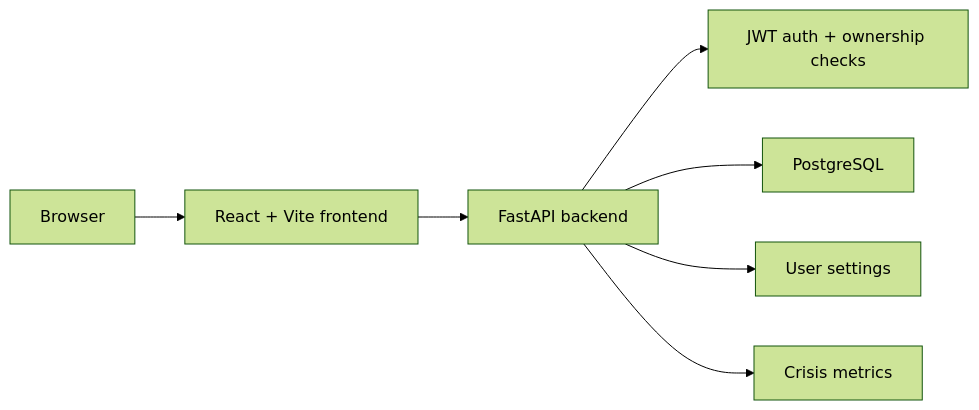
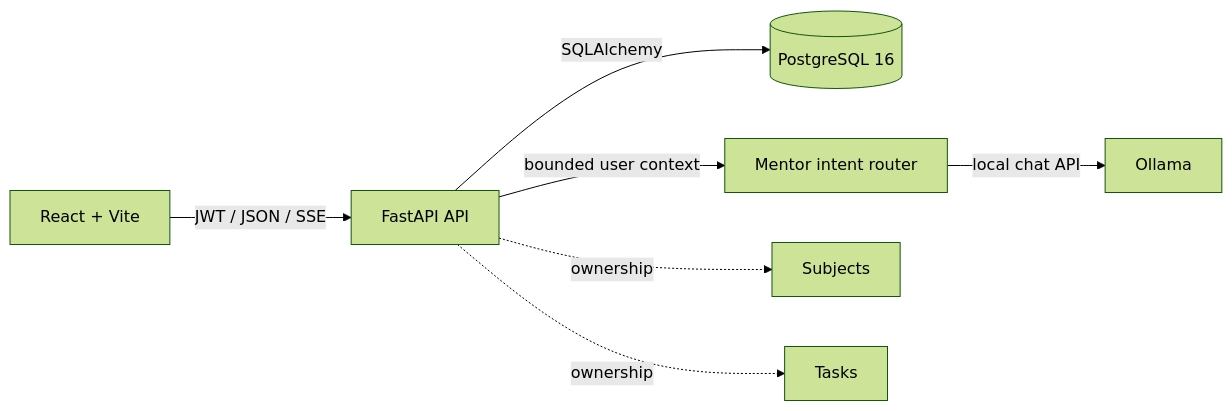
The diagram in README.md (worhels/CyberLab-Tracker), drawn with Mermaid (forest theme) before and after one commit. The commit also changed other lines of this file, not shown here.

````diff
--- a/README.md
+++ b/README.md
@@ -89,9 +166,10 @@
 ```mermaid
 flowchart LR
-    Browser["Browser"] --> Frontend["React + Vite frontend"]
-    Frontend --> API["FastAPI backend"]
-    API --> Auth["JWT auth + ownership checks"]
-    API --> DB["PostgreSQL"]
-    API --> Settings["User settings"]
-    API --> Crisis["Crisis metrics"]
+    Browser["React + Vite"] -->|"JWT / JSON / SSE"| API["FastAPI API"]
+    API -->|"SQLAlchemy"| DB[("PostgreSQL 16")]
+    API -->|"bounded user context"| Mentor["Mentor intent router"]
+    Mentor -->|"local chat API"| Ollama["Ollama"]
+
+    API -. ownership .-> Subjects["Subjects"]
+    API -. ownership .-> Tasks["Tasks"]
 ```
````
